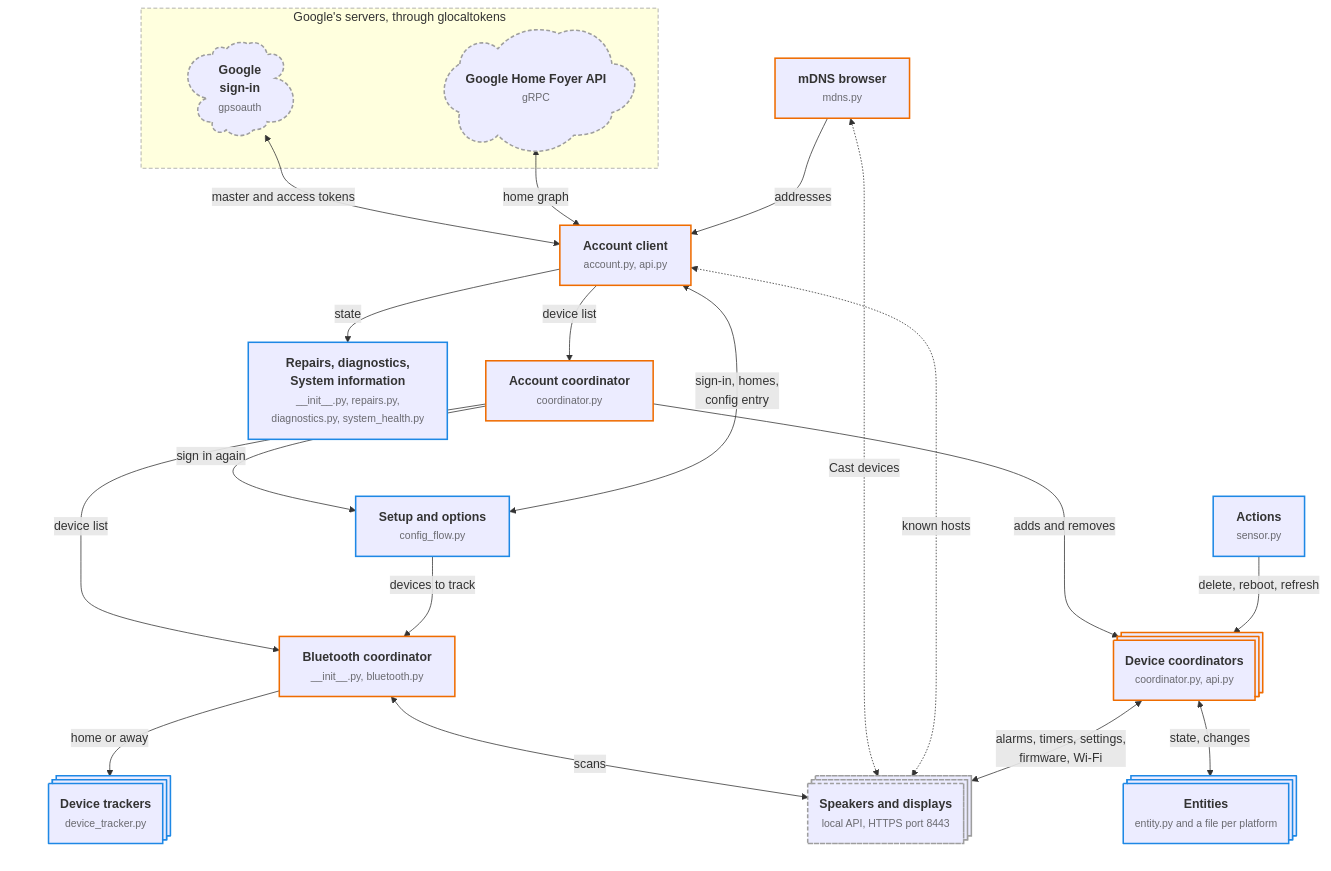
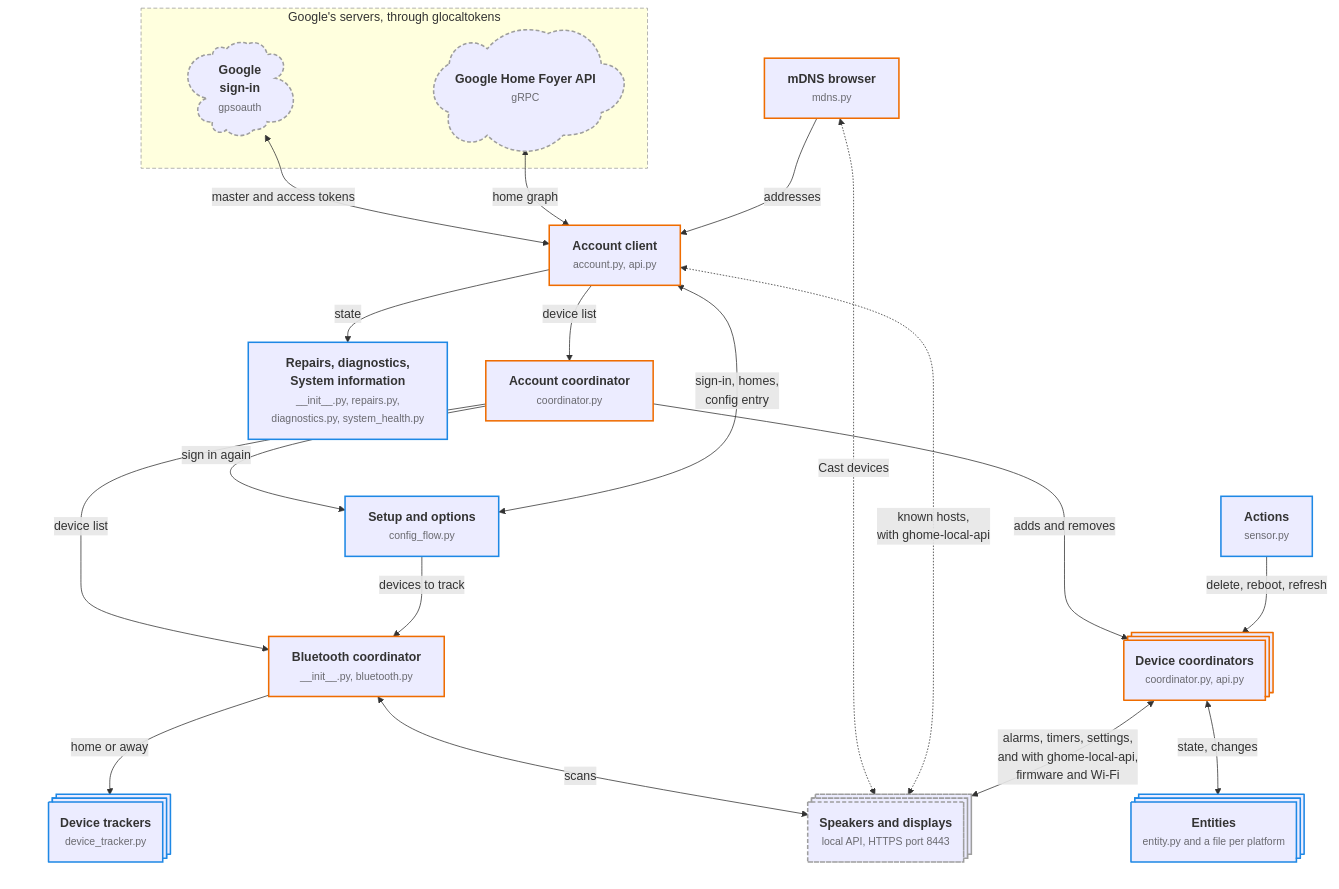
The second of 2 diagrams in docs/contributing.md (leikoilja/ha-google-home), drawn with Mermaid before and after one commit. The commit also changed other lines of this file and 14 other files, not shown here.

````diff
--- a/docs/contributing.md
+++ b/docs/contributing.md
@@ -54,53 +54,53 @@
 ```mermaid
 flowchart TB
     subgraph google["Google's servers, through glocaltokens"]
         signin@{ shape: cloud, label: "<b>Google<br>sign-in</b><br><span style='font-size:0.85em;opacity:0.7;color:inherit'>gpsoauth</span>" }
         foyer@{ shape: cloud, label: "<b>Google Home Foyer API</b><br><span style='font-size:0.85em;opacity:0.7;color:inherit'>gRPC</span>" }
     end
 
     flows["<b>Setup and options</b><br><span style='font-size:0.85em;opacity:0.7;color:inherit'>config_flow.py</span>"]
     client["<b>Account client</b><br><span style='font-size:0.85em;opacity:0.7;color:inherit'>account.py, api.py</span>"]
     mdns["<b>mDNS browser</b><br><span style='font-size:0.85em;opacity:0.7;color:inherit'>mdns.py</span>"]
     account["<b>Account coordinator</b><br><span style='font-size:0.85em;opacity:0.7;color:inherit'>coordinator.py</span>"]
     actions["<b>Actions</b><br><span style='font-size:0.85em;opacity:0.7;color:inherit'>sensor.py</span>"]
     support["<b>Repairs, diagnostics,<br>System information</b><br><span style='font-size:0.85em;opacity:0.7;color:inherit'>__init__.py, repairs.py,<br>diagnostics.py, system_health.py</span>"]
     subgraph devcol[" "]
         devices@{ shape: procs, label: "<b>Device coordinators</b><br><span style='font-size:0.85em;opacity:0.7;color:inherit'>coordinator.py, api.py</span>" }
         entities@{ shape: procs, label: "<b>Entities</b><br><span style='font-size:0.85em;opacity:0.7;color:inherit'>entity.py and a file per platform</span>" }
         devices <-- "state, changes" --> entities
     end
     subgraph btcol[" "]
         bluetooth["<b>Bluetooth coordinator</b><br><span style='font-size:0.85em;opacity:0.7;color:inherit'>__init__.py, bluetooth.py</span>"]
         trackers@{ shape: procs, label: "<b>Device trackers</b><br><span style='font-size:0.85em;opacity:0.7;color:inherit'>device_tracker.py</span>" }
         bluetooth -- "home or away" --> trackers
     end
     speakers@{ shape: procs, label: "<b>Speakers and displays</b><br><span style='font-size:0.85em;opacity:0.7;color:inherit'>local API, HTTPS port 8443</span>" }
 
     signin <-- "master and access tokens" --> client
     foyer <-- "home graph" --> client
     google ~~~ flows
     flows <-- "sign-in, homes,<br>config entry" --> client
     flows ~~~ account
     account -- "sign in again" --> flows
     mdns -- "addresses" --> client
     client -- "device list" --> account
     client -- "state" --> support
     account -- "adds and removes" --> devices
     actions -- "delete, reboot, refresh" --> devices
     mdns <-. "Cast devices" .-> speakers
-    client <-. "known hosts" .-> speakers
-    devices <-- "alarms, timers, settings,<br>firmware, Wi-Fi" --> speakers
+    client <-. "known hosts,<br>with ghome-local-api" .-> speakers
+    devices <-- "alarms, timers, settings,<br>and with ghome-local-api,<br>firmware and Wi-Fi" --> speakers
     account -- "device list" --> bluetooth
     flows -- "devices to track" --> bluetooth
     bluetooth <-- "scans" --> speakers
 
     classDef ha stroke:#1e88e5,stroke-width:2px
     classDef own stroke:#ef6c00,stroke-width:2px
     classDef outside stroke:#9e9e9e,stroke-width:2px,stroke-dasharray:5 3
     class flows,actions,support,entities,trackers ha
     class client,mdns,account,devices,bluetooth own
     class signin,foyer,speakers outside
     style google stroke:#9e9e9e,stroke-dasharray:5 3
     style devcol fill:none,stroke:none
     style btcol fill:none,stroke:none
 ```
````
